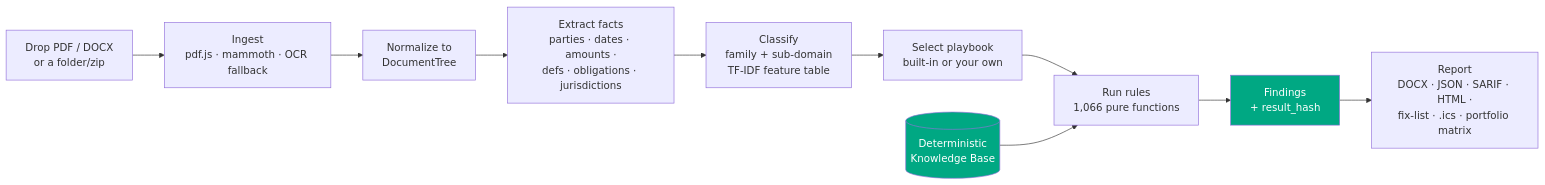
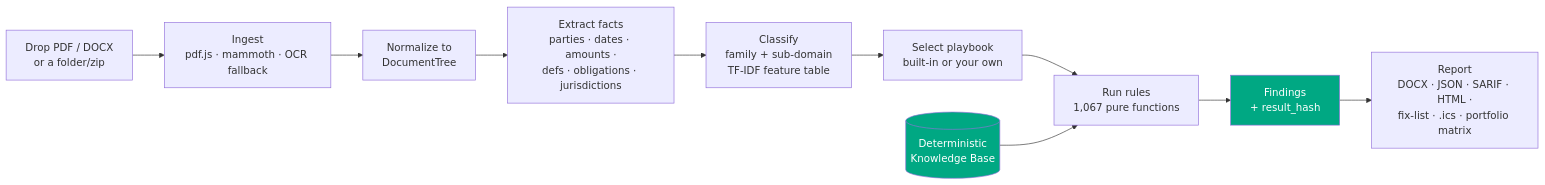
Before and after one commit to clay-good/vaulytica: the first of 11 diagrams in README.md, drawn with Mermaid. The commit also changed other lines of this file and 363 other files, not shown here.

````diff
--- a/README.md
+++ b/README.md
@@ -27,14 +27,14 @@
 ```mermaid
 flowchart LR
   A[Drop PDF / DOCX<br/>or a folder/zip] --> B[Ingest<br/>pdf.js · mammoth · OCR fallback]
   B --> C[Normalize to<br/>DocumentTree]
   C --> D[Extract facts<br/>parties · dates · amounts ·<br/>defs · obligations · jurisdictions]
   D --> E[Classify<br/>family + sub-domain<br/>TF-IDF feature table]
   E --> F[Select playbook<br/>built-in or your own]
-  F --> G[Run rules<br/>1,066 pure functions]
+  F --> G[Run rules<br/>1,067 pure functions]
   G --> H[Findings<br/>+ result_hash]
   H --> I[Report<br/>DOCX · JSON · SARIF · HTML ·<br/>fix-list · .ics · portfolio matrix]
   K[(Deterministic<br/>Knowledge Base)] --> G
   style K fill:#00A883,color:#fff
   style H fill:#00A883,color:#fff
 ```
````
